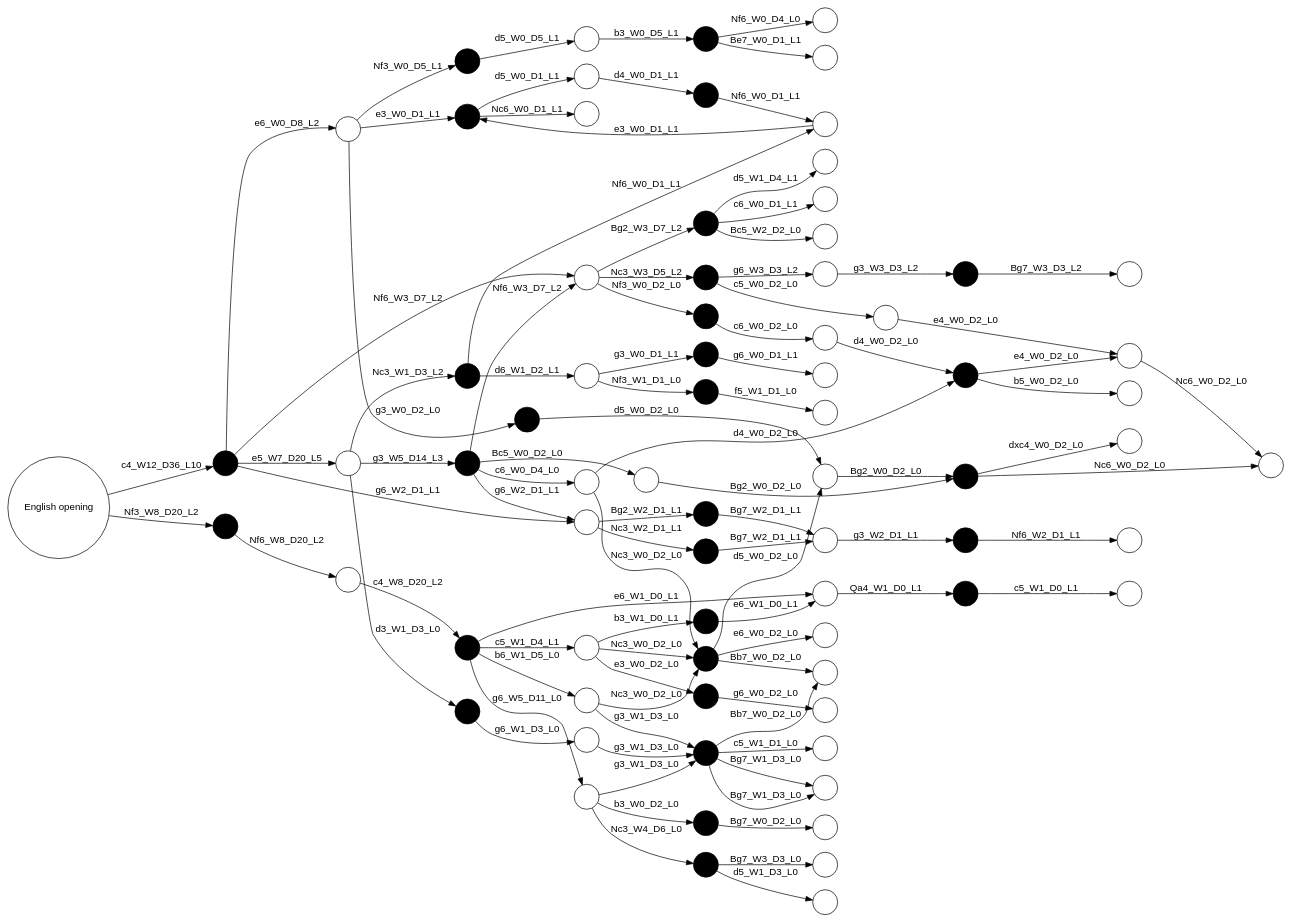
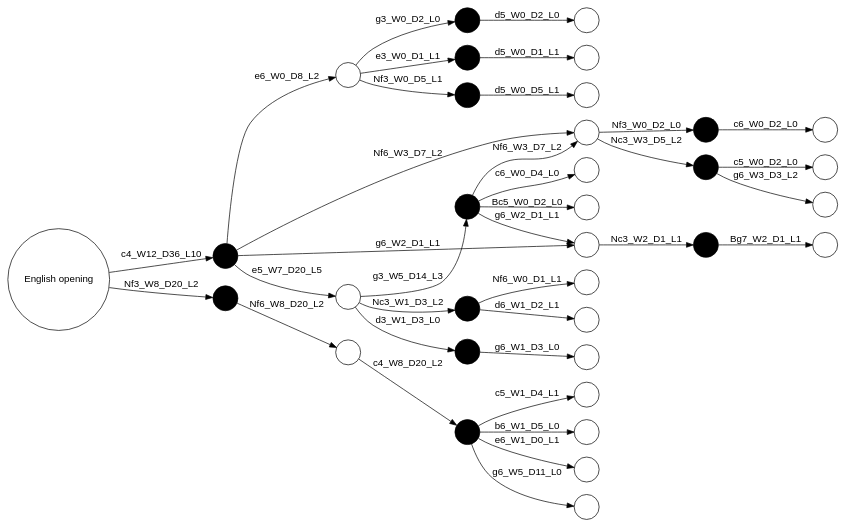
One commit to bjerkemj/chess-statistics changed the diagram in english_opening.dot. Above: the diagram before and after it, drawn with Graphviz. The commit also changed 7 other files, not shown here.

```diff
--- a/english_opening.dot
+++ b/english_opening.dot
@@ -1,189 +1,79 @@
 digraph g {
 fontname="Helvetica,Arial,sans-serif"
 node [fontname="Helvetica,Arial,sans-serif" filledcolor = "white" label = "" style = "filled" shape = "circle" ]
 edge [fontname="Helvetica,Arial,sans-serif"]
 graph [fontsize=30 labelloc="t" label="" splines=true overlap=false rankdir = "LR"];
 ratio = auto;
 "root_W20_D56_L12" [style = "filled" fillcolor = "white" label = "English opening"];
 "c4_W12_D36_L10" [style = "filled" fillcolor = "black"];
 root_W20_D56_L12 -> c4_W12_D36_L10 [label = "c4_W12_D36_L10"];
 "Nf3_W8_D20_L2" [style = "filled" fillcolor = "black"];
 root_W20_D56_L12 -> Nf3_W8_D20_L2 [label = "Nf3_W8_D20_L2"];
+"e5_W7_D20_L5" [style = "filled" fillcolor = "white"];
+c4_W12_D36_L10 -> e5_W7_D20_L5 [label = "e5_W7_D20_L5"];
 "e6_W0_D8_L2" [style = "filled" fillcolor = "white"];
 c4_W12_D36_L10 -> e6_W0_D8_L2 [label = "e6_W0_D8_L2"];
-"e5_W7_D20_L5" [style = "filled" fillcolor = "white"];
-c4_W12_D36_L10 -> e5_W7_D20_L5 [label = "e5_W7_D20_L5"];
 "g6_W2_D1_L1" [style = "filled" fillcolor = "white"];
 c4_W12_D36_L10 -> g6_W2_D1_L1 [label = "g6_W2_D1_L1"];
 "Nf6_W3_D7_L2" [style = "filled" fillcolor = "white"];
 c4_W12_D36_L10 -> Nf6_W3_D7_L2 [label = "Nf6_W3_D7_L2"];
 "Nf6_W8_D20_L2" [style = "filled" fillcolor = "white"];
 Nf3_W8_D20_L2 -> Nf6_W8_D20_L2 [label = "Nf6_W8_D20_L2"];
+"g3_W5_D14_L3" [style = "filled" fillcolor = "black"];
+e5_W7_D20_L5 -> g3_W5_D14_L3 [label = "g3_W5_D14_L3"];
+"Nc3_W1_D3_L2" [style = "filled" fillcolor = "black"];
+e5_W7_D20_L5 -> Nc3_W1_D3_L2 [label = "Nc3_W1_D3_L2"];
+"d3_W1_D3_L0" [style = "filled" fillcolor = "black"];
+e5_W7_D20_L5 -> d3_W1_D3_L0 [label = "d3_W1_D3_L0"];
+"g3_W0_D2_L0" [style = "filled" fillcolor = "black"];
+e6_W0_D8_L2 -> g3_W0_D2_L0 [label = "g3_W0_D2_L0"];
 "e3_W0_D1_L1" [style = "filled" fillcolor = "black"];
 e6_W0_D8_L2 -> e3_W0_D1_L1 [label = "e3_W0_D1_L1"];
-"g3_W0_D2_L0" [style = "filled" fillcolor = "black"];
-e6_W0_D8_L2 -> g3_W0_D2_L0 [label = "g3_W0_D2_L0"];
 "Nf3_W0_D5_L1" [style = "filled" fillcolor = "black"];
 e6_W0_D8_L2 -> Nf3_W0_D5_L1 [label = "Nf3_W0_D5_L1"];
-"g3_W5_D14_L3" [style = "filled" fillcolor = "black"];
-e5_W7_D20_L5 -> g3_W5_D14_L3 [label = "g3_W5_D14_L3"];
-"d3_W1_D3_L0" [style = "filled" fillcolor = "black"];
-e5_W7_D20_L5 -> d3_W1_D3_L0 [label = "d3_W1_D3_L0"];
-"Nc3_W1_D3_L2" [style = "filled" fillcolor = "black"];
-e5_W7_D20_L5 -> Nc3_W1_D3_L2 [label = "Nc3_W1_D3_L2"];
 "Nc3_W2_D1_L1" [style = "filled" fillcolor = "black"];
 g6_W2_D1_L1 -> Nc3_W2_D1_L1 [label = "Nc3_W2_D1_L1"];
+"Nc3_W3_D5_L2" [style = "filled" fillcolor = "black"];
+Nf6_W3_D7_L2 -> Nc3_W3_D5_L2 [label = "Nc3_W3_D5_L2"];
 "Nf3_W0_D2_L0" [style = "filled" fillcolor = "black"];
 Nf6_W3_D7_L2 -> Nf3_W0_D2_L0 [label = "Nf3_W0_D2_L0"];
-"Nc3_W3_D5_L2" [style = "filled" fillcolor = "black"];
-Nf6_W3_D7_L2 -> Nc3_W3_D5_L2 [label = "Nc3_W3_D5_L2"];
 "c4_W8_D20_L2" [style = "filled" fillcolor = "black"];
 Nf6_W8_D20_L2 -> c4_W8_D20_L2 [label = "c4_W8_D20_L2"];
-"d5_W0_D1_L1" [style = "filled" fillcolor = "white"];
-e3_W0_D1_L1 -> d5_W0_D1_L1 [label = "d5_W0_D1_L1"];
-"d5_W0_D2_L0" [style = "filled" fillcolor = "white"];
-g3_W0_D2_L0 -> d5_W0_D2_L0 [label = "d5_W0_D2_L0"];
-"d5_W0_D5_L1" [style = "filled" fillcolor = "white"];
-Nf3_W0_D5_L1 -> d5_W0_D5_L1 [label = "d5_W0_D5_L1"];
+"Bc5_W0_D2_L0" [style = "filled" fillcolor = "white"];
+g3_W5_D14_L3 -> Bc5_W0_D2_L0 [label = "Bc5_W0_D2_L0"];
+"c6_W0_D4_L0" [style = "filled" fillcolor = "white"];
+g3_W5_D14_L3 -> c6_W0_D4_L0 [label = "c6_W0_D4_L0"];
 "g6_W2_D1_L1" [style = "filled" fillcolor = "white"];
 g3_W5_D14_L3 -> g6_W2_D1_L1 [label = "g6_W2_D1_L1"];
-"c6_W0_D4_L0" [style = "filled" fillcolor = "white"];
-g3_W5_D14_L3 -> c6_W0_D4_L0 [label = "c6_W0_D4_L0"];
-"Bc5_W0_D2_L0" [style = "filled" fillcolor = "white"];
-g3_W5_D14_L3 -> Bc5_W0_D2_L0 [label = "Bc5_W0_D2_L0"];
 "Nf6_W3_D7_L2" [style = "filled" fillcolor = "white"];
 g3_W5_D14_L3 -> Nf6_W3_D7_L2 [label = "Nf6_W3_D7_L2"];
-"g6_W1_D3_L0" [style = "filled" fillcolor = "white"];
-d3_W1_D3_L0 -> g6_W1_D3_L0 [label = "g6_W1_D3_L0"];
 "d6_W1_D2_L1" [style = "filled" fillcolor = "white"];
 Nc3_W1_D3_L2 -> d6_W1_D2_L1 [label = "d6_W1_D2_L1"];
 "Nf6_W0_D1_L1" [style = "filled" fillcolor = "white"];
 Nc3_W1_D3_L2 -> Nf6_W0_D1_L1 [label = "Nf6_W0_D1_L1"];
+"g6_W1_D3_L0" [style = "filled" fillcolor = "white"];
+d3_W1_D3_L0 -> g6_W1_D3_L0 [label = "g6_W1_D3_L0"];
+"d5_W0_D2_L0" [style = "filled" fillcolor = "white"];
+g3_W0_D2_L0 -> d5_W0_D2_L0 [label = "d5_W0_D2_L0"];
+"d5_W0_D1_L1" [style = "filled" fillcolor = "white"];
+e3_W0_D1_L1 -> d5_W0_D1_L1 [label = "d5_W0_D1_L1"];
+"d5_W0_D5_L1" [style = "filled" fillcolor = "white"];
+Nf3_W0_D5_L1 -> d5_W0_D5_L1 [label = "d5_W0_D5_L1"];
 "Bg7_W2_D1_L1" [style = "filled" fillcolor = "white"];
 Nc3_W2_D1_L1 -> Bg7_W2_D1_L1 [label = "Bg7_W2_D1_L1"];
+"c5_W0_D2_L0" [style = "filled" fillcolor = "white"];
+Nc3_W3_D5_L2 -> c5_W0_D2_L0 [label = "c5_W0_D2_L0"];
+"g6_W3_D3_L2" [style = "filled" fillcolor = "white"];
+Nc3_W3_D5_L2 -> g6_W3_D3_L2 [label = "g6_W3_D3_L2"];
 "c6_W0_D2_L0" [style = "filled" fillcolor = "white"];
 Nf3_W0_D2_L0 -> c6_W0_D2_L0 [label = "c6_W0_D2_L0"];
-"g6_W3_D3_L2" [style = "filled" fillcolor = "white"];
-Nc3_W3_D5_L2 -> g6_W3_D3_L2 [label = "g6_W3_D3_L2"];
-"c5_W0_D2_L0" [style = "filled" fillcolor = "white"];
-Nc3_W3_D5_L2 -> c5_W0_D2_L0 [label = "c5_W0_D2_L0"];
+"c5_W1_D4_L1" [style = "filled" fillcolor = "white"];
+c4_W8_D20_L2 -> c5_W1_D4_L1 [label = "c5_W1_D4_L1"];
+"b6_W1_D5_L0" [style = "filled" fillcolor = "white"];
+c4_W8_D20_L2 -> b6_W1_D5_L0 [label = "b6_W1_D5_L0"];
+"e6_W1_D0_L1" [style = "filled" fillcolor = "white"];
+c4_W8_D20_L2 -> e6_W1_D0_L1 [label = "e6_W1_D0_L1"];
 "g6_W5_D11_L0" [style = "filled" fillcolor = "white"];
 c4_W8_D20_L2 -> g6_W5_D11_L0 [label = "g6_W5_D11_L0"];
-"b6_W1_D5_L0" [style = "filled" fillcolor = "white"];
-c4_W8_D20_L2 -> b6_W1_D5_L0 [label = "b6_W1_D5_L0"];
-"c5_W1_D4_L1" [style = "filled" fillcolor = "white"];
-c4_W8_D20_L2 -> c5_W1_D4_L1 [label = "c5_W1_D4_L1"];
-"e6_W1_D0_L1" [style = "filled" fillcolor = "white"];
-c4_W8_D20_L2 -> e6_W1_D0_L1 [label = "e6_W1_D0_L1"];
-"d4_W0_D1_L1" [style = "filled" fillcolor = "black"];
-d5_W0_D1_L1 -> d4_W0_D1_L1 [label = "d4_W0_D1_L1"];
-"Bg2_W0_D2_L0" [style = "filled" fillcolor = "black"];
-d5_W0_D2_L0 -> Bg2_W0_D2_L0 [label = "Bg2_W0_D2_L0"];
-"b3_W0_D5_L1" [style = "filled" fillcolor = "black"];
-d5_W0_D5_L1 -> b3_W0_D5_L1 [label = "b3_W0_D5_L1"];
-"Bg2_W2_D1_L1" [style = "filled" fillcolor = "black"];
-g6_W2_D1_L1 -> Bg2_W2_D1_L1 [label = "Bg2_W2_D1_L1"];
-"d4_W0_D2_L0" [style = "filled" fillcolor = "black"];
-c6_W0_D4_L0 -> d4_W0_D2_L0 [label = "d4_W0_D2_L0"];
-"Nc3_W0_D2_L0" [style = "filled" fillcolor = "black"];
-c6_W0_D4_L0 -> Nc3_W0_D2_L0 [label = "Nc3_W0_D2_L0"];
-"Bg2_W0_D2_L0" [style = "filled" fillcolor = "black"];
-Bc5_W0_D2_L0 -> Bg2_W0_D2_L0 [label = "Bg2_W0_D2_L0"];
-"Bg2_W3_D7_L2" [style = "filled" fillcolor = "black"];
-Nf6_W3_D7_L2 -> Bg2_W3_D7_L2 [label = "Bg2_W3_D7_L2"];
-"g3_W1_D3_L0" [style = "filled" fillcolor = "black"];
-g6_W1_D3_L0 -> g3_W1_D3_L0 [label = "g3_W1_D3_L0"];
-"g3_W0_D1_L1" [style = "filled" fillcolor = "black"];
-d6_W1_D2_L1 -> g3_W0_D1_L1 [label = "g3_W0_D1_L1"];
-"Nf3_W1_D1_L0" [style = "filled" fillcolor = "black"];
-d6_W1_D2_L1 -> Nf3_W1_D1_L0 [label = "Nf3_W1_D1_L0"];
-"e3_W0_D1_L1" [style = "filled" fillcolor = "black"];
-Nf6_W0_D1_L1 -> e3_W0_D1_L1 [label = "e3_W0_D1_L1"];
-"g3_W2_D1_L1" [style = "filled" fillcolor = "black"];
-Bg7_W2_D1_L1 -> g3_W2_D1_L1 [label = "g3_W2_D1_L1"];
-"d4_W0_D2_L0" [style = "filled" fillcolor = "black"];
-c6_W0_D2_L0 -> d4_W0_D2_L0 [label = "d4_W0_D2_L0"];
-"g3_W3_D3_L2" [style = "filled" fillcolor = "black"];
-g6_W3_D3_L2 -> g3_W3_D3_L2 [label = "g3_W3_D3_L2"];
-"e4_W0_D2_L0" [style = "filled" fillcolor = "black"];
-c5_W0_D2_L0 -> e4_W0_D2_L0 [label = "e4_W0_D2_L0"];
-"g3_W1_D3_L0" [style = "filled" fillcolor = "black"];
-g6_W5_D11_L0 -> g3_W1_D3_L0 [label = "g3_W1_D3_L0"];
-"b3_W0_D2_L0" [style = "filled" fillcolor = "black"];
-g6_W5_D11_L0 -> b3_W0_D2_L0 [label = "b3_W0_D2_L0"];
-"Nc3_W4_D6_L0" [style = "filled" fillcolor = "black"];
-g6_W5_D11_L0 -> Nc3_W4_D6_L0 [label = "Nc3_W4_D6_L0"];
-"g3_W1_D3_L0" [style = "filled" fillcolor = "black"];
-b6_W1_D5_L0 -> g3_W1_D3_L0 [label = "g3_W1_D3_L0"];
-"Nc3_W0_D2_L0" [style = "filled" fillcolor = "black"];
-b6_W1_D5_L0 -> Nc3_W0_D2_L0 [label = "Nc3_W0_D2_L0"];
-"e3_W0_D2_L0" [style = "filled" fillcolor = "black"];
-c5_W1_D4_L1 -> e3_W0_D2_L0 [label = "e3_W0_D2_L0"];
-"b3_W1_D0_L1" [style = "filled" fillcolor = "black"];
-c5_W1_D4_L1 -> b3_W1_D0_L1 [label = "b3_W1_D0_L1"];
-"Nc3_W0_D2_L0" [style = "filled" fillcolor = "black"];
-c5_W1_D4_L1 -> Nc3_W0_D2_L0 [label = "Nc3_W0_D2_L0"];
-"Qa4_W1_D0_L1" [style = "filled" fillcolor = "black"];
-e6_W1_D0_L1 -> Qa4_W1_D0_L1 [label = "Qa4_W1_D0_L1"];
-"Nf6_W0_D1_L1" [style = "filled" fillcolor = "white"];
-d4_W0_D1_L1 -> Nf6_W0_D1_L1 [label = "Nf6_W0_D1_L1"];
-"dxc4_W0_D2_L0" [style = "filled" fillcolor = "white"];
-Bg2_W0_D2_L0 -> dxc4_W0_D2_L0 [label = "dxc4_W0_D2_L0"];
-"Be7_W0_D1_L1" [style = "filled" fillcolor = "white"];
-b3_W0_D5_L1 -> Be7_W0_D1_L1 [label = "Be7_W0_D1_L1"];
-"Nf6_W0_D4_L0" [style = "filled" fillcolor = "white"];
-b3_W0_D5_L1 -> Nf6_W0_D4_L0 [label = "Nf6_W0_D4_L0"];
-"Bg7_W2_D1_L1" [style = "filled" fillcolor = "white"];
-Bg2_W2_D1_L1 -> Bg7_W2_D1_L1 [label = "Bg7_W2_D1_L1"];
-"e4_W0_D2_L0" [style = "filled" fillcolor = "white"];
-d4_W0_D2_L0 -> e4_W0_D2_L0 [label = "e4_W0_D2_L0"];
-"d5_W0_D2_L0" [style = "filled" fillcolor = "white"];
-Nc3_W0_D2_L0 -> d5_W0_D2_L0 [label = "d5_W0_D2_L0"];
-"Nc6_W0_D2_L0" [style = "filled" fillcolor = "white"];
-Bg2_W0_D2_L0 -> Nc6_W0_D2_L0 [label = "Nc6_W0_D2_L0"];
-"c6_W0_D1_L1" [style = "filled" fillcolor = "white"];
-Bg2_W3_D7_L2 -> c6_W0_D1_L1 [label = "c6_W0_D1_L1"];
-"Bc5_W2_D2_L0" [style = "filled" fillcolor = "white"];
-Bg2_W3_D7_L2 -> Bc5_W2_D2_L0 [label = "Bc5_W2_D2_L0"];
-"d5_W1_D4_L1" [style = "filled" fillcolor = "white"];
-Bg2_W3_D7_L2 -> d5_W1_D4_L1 [label = "d5_W1_D4_L1"];
-"Bg7_W1_D3_L0" [style = "filled" fillcolor = "white"];
-g3_W1_D3_L0 -> Bg7_W1_D3_L0 [label = "Bg7_W1_D3_L0"];
-"g6_W0_D1_L1" [style = "filled" fillcolor = "white"];
-g3_W0_D1_L1 -> g6_W0_D1_L1 [label = "g6_W0_D1_L1"];
-"f5_W1_D1_L0" [style = "filled" fillcolor = "white"];
-Nf3_W1_D1_L0 -> f5_W1_D1_L0 [label = "f5_W1_D1_L0"];
-"Nc6_W0_D1_L1" [style = "filled" fillcolor = "white"];
-e3_W0_D1_L1 -> Nc6_W0_D1_L1 [label = "Nc6_W0_D1_L1"];
-"Nf6_W2_D1_L1" [style = "filled" fillcolor = "white"];
-g3_W2_D1_L1 -> Nf6_W2_D1_L1 [label = "Nf6_W2_D1_L1"];
-"b5_W0_D2_L0" [style = "filled" fillcolor = "white"];
-d4_W0_D2_L0 -> b5_W0_D2_L0 [label = "b5_W0_D2_L0"];
-"Bg7_W3_D3_L2" [style = "filled" fillcolor = "white"];
-g3_W3_D3_L2 -> Bg7_W3_D3_L2 [label = "Bg7_W3_D3_L2"];
-"Nc6_W0_D2_L0" [style = "filled" fillcolor = "white"];
-e4_W0_D2_L0 -> Nc6_W0_D2_L0 [label = "Nc6_W0_D2_L0"];
-"Bg7_W1_D3_L0" [style = "filled" fillcolor = "white"];
-g3_W1_D3_L0 -> Bg7_W1_D3_L0 [label = "Bg7_W1_D3_L0"];
-"Bg7_W0_D2_L0" [style = "filled" fillcolor = "white"];
-b3_W0_D2_L0 -> Bg7_W0_D2_L0 [label = "Bg7_W0_D2_L0"];
-"Bg7_W3_D3_L0" [style = "filled" fillcolor = "white"];
-Nc3_W4_D6_L0 -> Bg7_W3_D3_L0 [label = "Bg7_W3_D3_L0"];
-"d5_W1_D3_L0" [style = "filled" fillcolor = "white"];
-Nc3_W4_D6_L0 -> d5_W1_D3_L0 [label = "d5_W1_D3_L0"];
-"Bb7_W0_D2_L0" [style = "filled" fillcolor = "white"];
-g3_W1_D3_L0 -> Bb7_W0_D2_L0 [label = "Bb7_W0_D2_L0"];
-"c5_W1_D1_L0" [style = "filled" fillcolor = "white"];
-g3_W1_D3_L0 -> c5_W1_D1_L0 [label = "c5_W1_D1_L0"];
-"Bb7_W0_D2_L0" [style = "filled" fillcolor = "white"];
-Nc3_W0_D2_L0 -> Bb7_W0_D2_L0 [label = "Bb7_W0_D2_L0"];
-"g6_W0_D2_L0" [style = "filled" fillcolor = "white"];
-e3_W0_D2_L0 -> g6_W0_D2_L0 [label = "g6_W0_D2_L0"];
-"e6_W1_D0_L1" [style = "filled" fillcolor = "white"];
-b3_W1_D0_L1 -> e6_W1_D0_L1 [label = "e6_W1_D0_L1"];
-"e6_W0_D2_L0" [style = "filled" fillcolor = "white"];
-Nc3_W0_D2_L0 -> e6_W0_D2_L0 [label = "e6_W0_D2_L0"];
-"c5_W1_D0_L1" [style = "filled" fillcolor = "white"];
-Qa4_W1_D0_L1 -> c5_W1_D0_L1 [label = "c5_W1_D0_L1"];
 
 }
```
